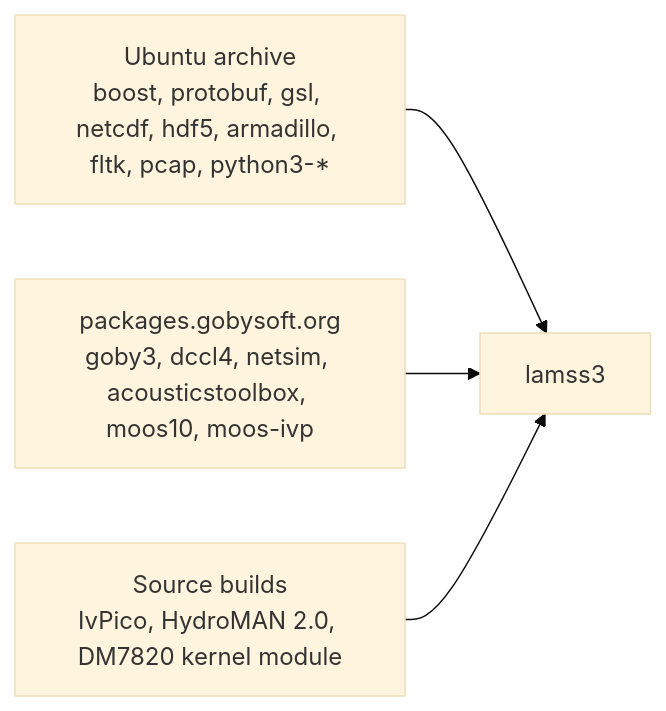
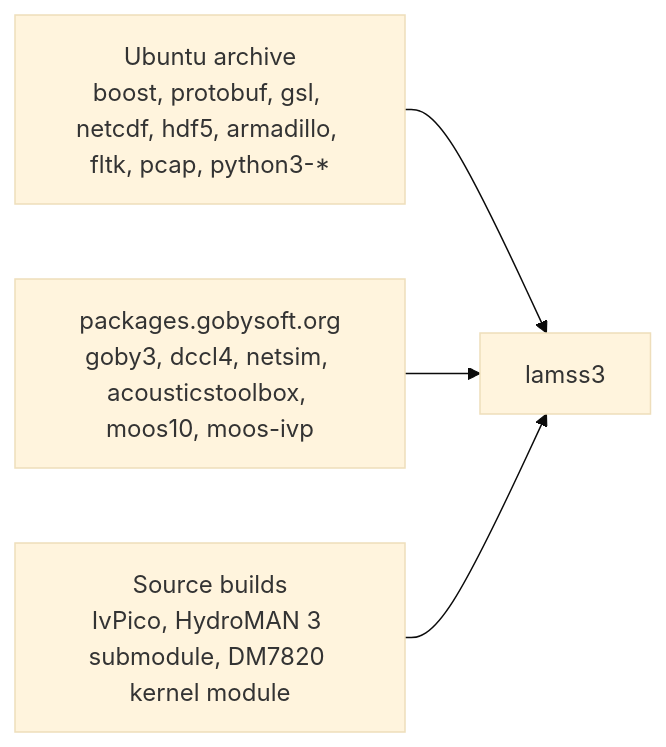
The first of 2 diagrams in core/src/doc/plan/claude/04-dependencies-ci-packaging.md (GobySoft/lamss3), drawn with Mermaid (base theme) before and after one commit. The commit also changed other lines of this file and 10 other files, not shown here.

First line of the commit message:
Model HydroMAN 3 as a wrapper toolbox

````diff
--- a/core/src/doc/plan/claude/04-dependencies-ci-packaging.md
+++ b/core/src/doc/plan/claude/04-dependencies-ci-packaging.md
@@ -18,6 +18,6 @@
 ```mermaid
 flowchart LR
   apt[Ubuntu archive<br/>boost, protobuf, gsl, netcdf, hdf5, armadillo, fltk, pcap, python3-*] --> lamss3
   goby[packages.gobysoft.org<br/>goby3, dccl4, netsim, acousticstoolbox, moos10, moos-ivp] --> lamss3
-  src[Source builds<br/>IvPico, HydroMAN 2.0, DM7820 kernel module] --> lamss3
+  src[Source builds<br/>IvPico, HydroMAN 3 submodule, DM7820 kernel module] --> lamss3
 ```
````
